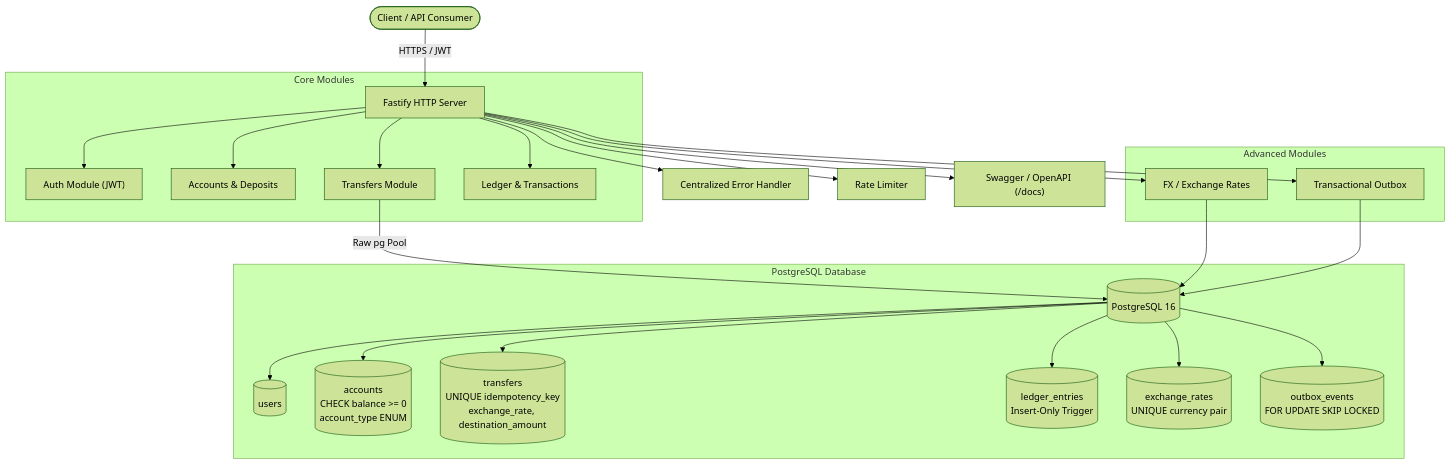
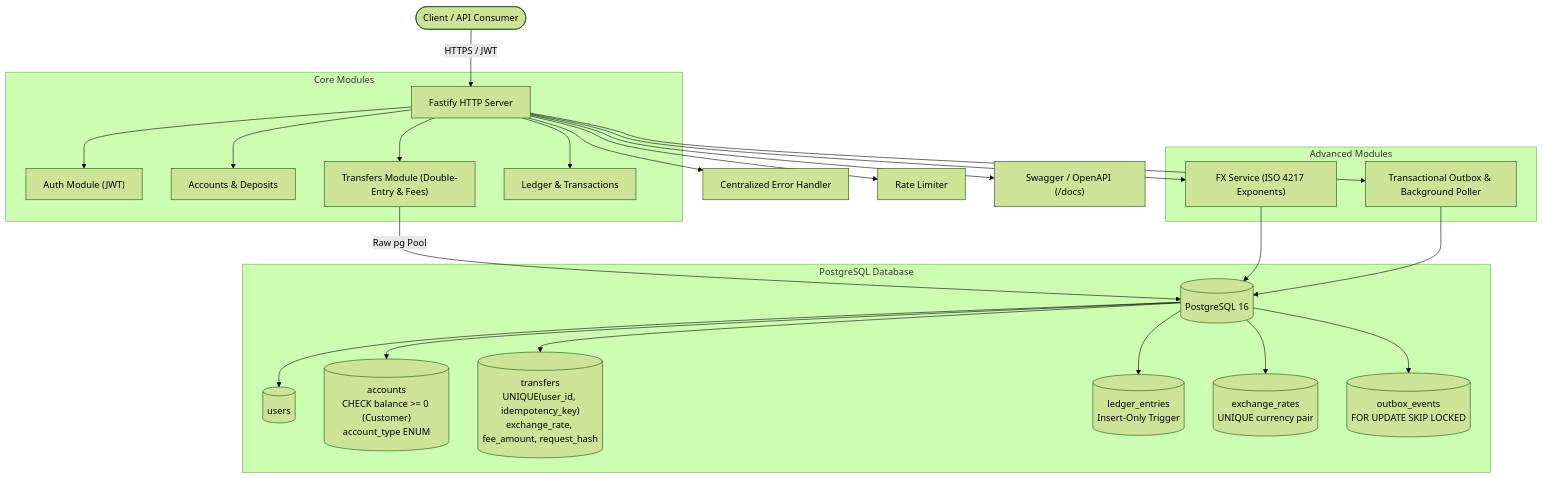
One commit to Sanskar2298/digitalwallet- changed the first of 4 diagrams in README.md. Above: the diagram before and after it, drawn with Mermaid (forest theme). The commit also changed other lines of this file, not shown here.

Commit message:
docs: clean up README, align diagrams with 5-entry fee flow, fix formatting and roadmap

````diff
--- a/README.md
+++ b/README.md
@@ -36,31 +41,31 @@
 ```mermaid
 flowchart TD
     Client(["Client / API Consumer"]) -->|HTTPS / JWT| Fastify["Fastify HTTP Server"]
     Fastify --> CentralizedErr["Centralized Error Handler"]
     Fastify --> RateLimiter["Rate Limiter"]
     Fastify --> Swagger["Swagger / OpenAPI (/docs)"]
 
     subgraph Core Modules
         Fastify --> AuthMod["Auth Module (JWT)"]
         Fastify --> AccMod["Accounts & Deposits"]
-        Fastify --> TxMod["Transfers Module"]
+        Fastify --> TxMod["Transfers Module (Double-Entry & Fees)"]
         Fastify --> LedgerMod["Ledger & Transactions"]
     end
 
     subgraph Advanced Modules
-        Fastify --> FxMod["FX / Exchange Rates"]
-        Fastify --> OutboxMod["Transactional Outbox"]
+        Fastify --> FxMod["FX Service (ISO 4217 Exponents)"]
+        Fastify --> OutboxMod["Transactional Outbox & Background Poller"]
     end
 
     subgraph PostgreSQL Database
         TxMod -->|Raw pg Pool| PG[("PostgreSQL 16")]
         FxMod --> PG
         OutboxMod --> PG
         PG --> UsersTable[("users")]
-        PG --> AccountsTable[("accounts\nCHECK balance >= 0\naccount_type ENUM")]
-        PG --> TransfersTable[("transfers\nUNIQUE idempotency_key\nexchange_rate, destination_amount")]
+        PG --> AccountsTable[("accounts\nCHECK balance >= 0 (Customer)\naccount_type ENUM")]
+        PG --> TransfersTable[("transfers\nUNIQUE(user_id, idempotency_key)\nexchange_rate, fee_amount, request_hash")]
         PG --> LedgerTable[("ledger_entries\nInsert-Only Trigger")]
         PG --> ExchangeRatesTable[("exchange_rates\nUNIQUE currency pair")]
         PG --> OutboxTable[("outbox_events\nFOR UPDATE SKIP LOCKED")]
     end
 ```
````
